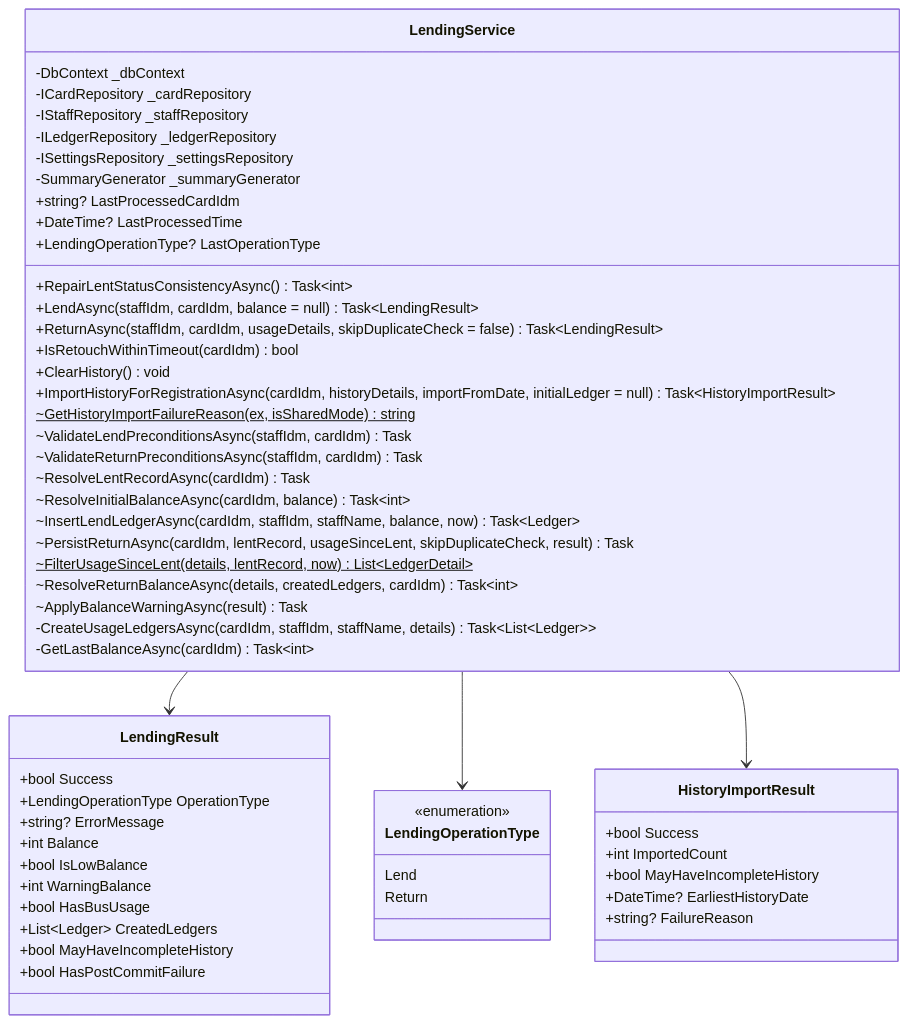
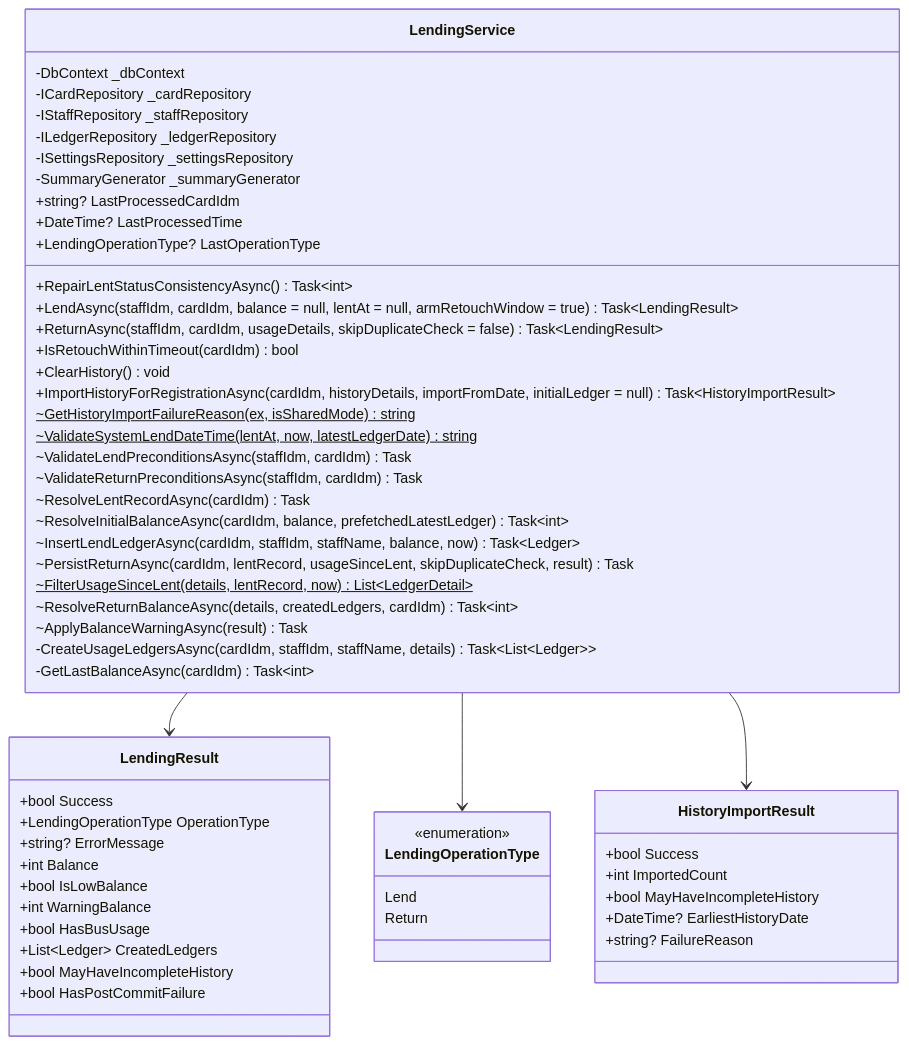
One commit to kuwayamamasayuki/ICCardManager changed the fifth of 52 diagrams in ICCardManager/docs/design/05_クラス設計書.md. Above: the diagram before and after it, drawn with Mermaid. The commit also changed other lines of this file and 18 other files, not shown here.

````diff
--- a/ICCardManager/docs/design/05_クラス設計書.md
+++ b/ICCardManager/docs/design/05_クラス設計書.md
@@ -520,63 +521,64 @@
 ```mermaid
 classDiagram
     class LendingService {
         -DbContext _dbContext
         -ICardRepository _cardRepository
         -IStaffRepository _staffRepository
         -ILedgerRepository _ledgerRepository
         -ISettingsRepository _settingsRepository
         -SummaryGenerator _summaryGenerator
         +string? LastProcessedCardIdm
         +DateTime? LastProcessedTime
         +LendingOperationType? LastOperationType
         +RepairLentStatusConsistencyAsync() Task~int~
-        +LendAsync(staffIdm, cardIdm, balance = null) Task~LendingResult~
+        +LendAsync(staffIdm, cardIdm, balance = null, lentAt = null, armRetouchWindow = true) Task~LendingResult~
         +ReturnAsync(staffIdm, cardIdm, usageDetails, skipDuplicateCheck = false) Task~LendingResult~
         +IsRetouchWithinTimeout(cardIdm) bool
         +ClearHistory() void
         +ImportHistoryForRegistrationAsync(cardIdm, historyDetails, importFromDate, initialLedger = null) Task~HistoryImportResult~
         ~GetHistoryImportFailureReason(ex, isSharedMode)$ string
+        ~ValidateSystemLendDateTime(lentAt, now, latestLedgerDate)$ string
         ~ValidateLendPreconditionsAsync(staffIdm, cardIdm) Task
         ~ValidateReturnPreconditionsAsync(staffIdm, cardIdm) Task
         ~ResolveLentRecordAsync(cardIdm) Task
-        ~ResolveInitialBalanceAsync(cardIdm, balance) Task~int~
+        ~ResolveInitialBalanceAsync(cardIdm, balance, prefetchedLatestLedger) Task~int~
         ~InsertLendLedgerAsync(cardIdm, staffIdm, staffName, balance, now) Task~Ledger~
         ~PersistReturnAsync(cardIdm, lentRecord, usageSinceLent, skipDuplicateCheck, result) Task
         ~FilterUsageSinceLent(details, lentRecord, now)$ List~LedgerDetail~
         ~ResolveReturnBalanceAsync(details, createdLedgers, cardIdm) Task~int~
         ~ApplyBalanceWarningAsync(result) Task
         -CreateUsageLedgersAsync(cardIdm, staffIdm, staffName, details) Task~List~Ledger~~
         -GetLastBalanceAsync(cardIdm) Task~int~
     }
 
     class LendingResult {
         +bool Success
         +LendingOperationType OperationType
         +string? ErrorMessage
         +int Balance
         +bool IsLowBalance
         +int WarningBalance
         +bool HasBusUsage
         +List~Ledger~ CreatedLedgers
         +bool MayHaveIncompleteHistory
         +bool HasPostCommitFailure
     }
 
     class LendingOperationType {
         <<enumeration>>
         Lend
         Return
     }
 
     class HistoryImportResult {
         +bool Success
         +int ImportedCount
         +bool MayHaveIncompleteHistory
         +DateTime? EarliestHistoryDate
         +string? FailureReason
     }
 
     LendingService --> LendingResult
     LendingService --> LendingOperationType
     LendingService --> HistoryImportResult
 ```
````
